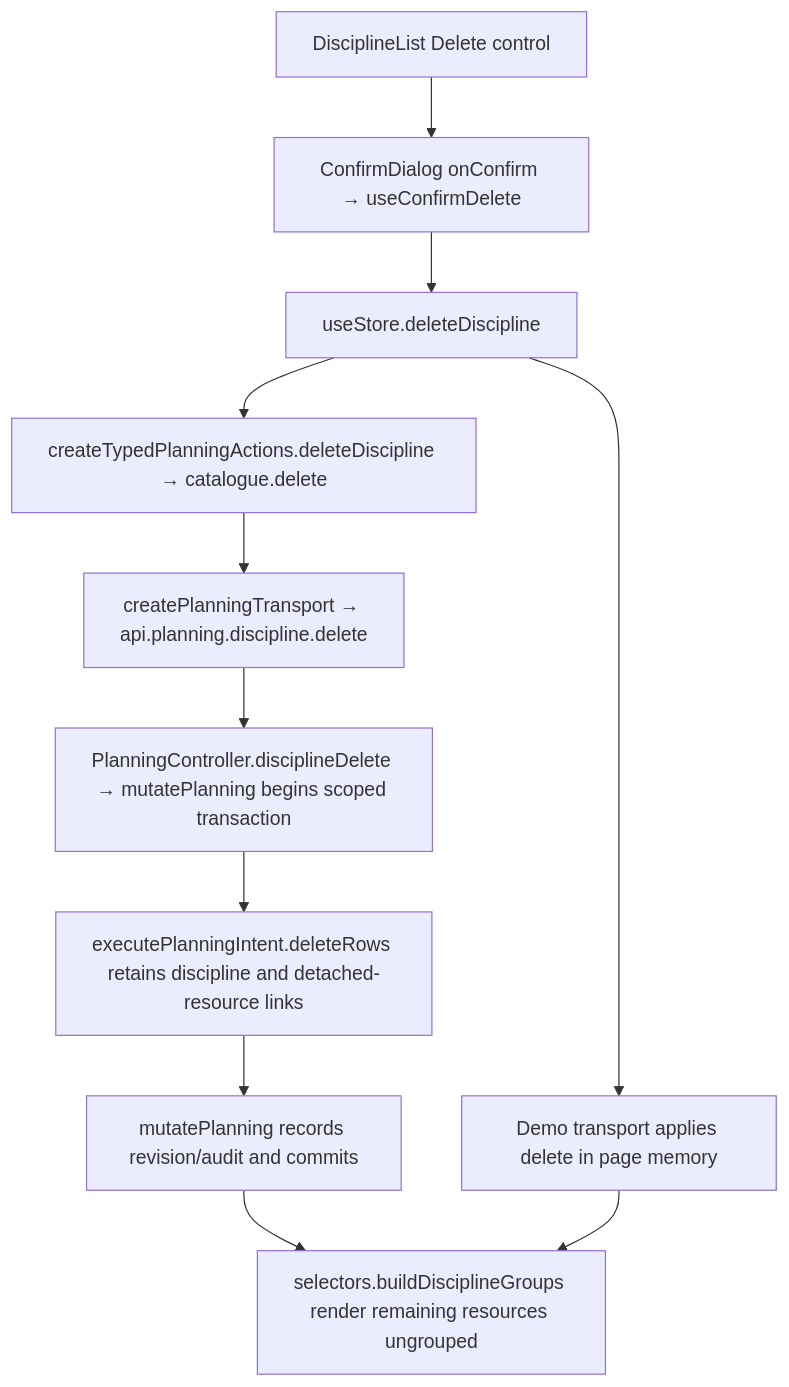
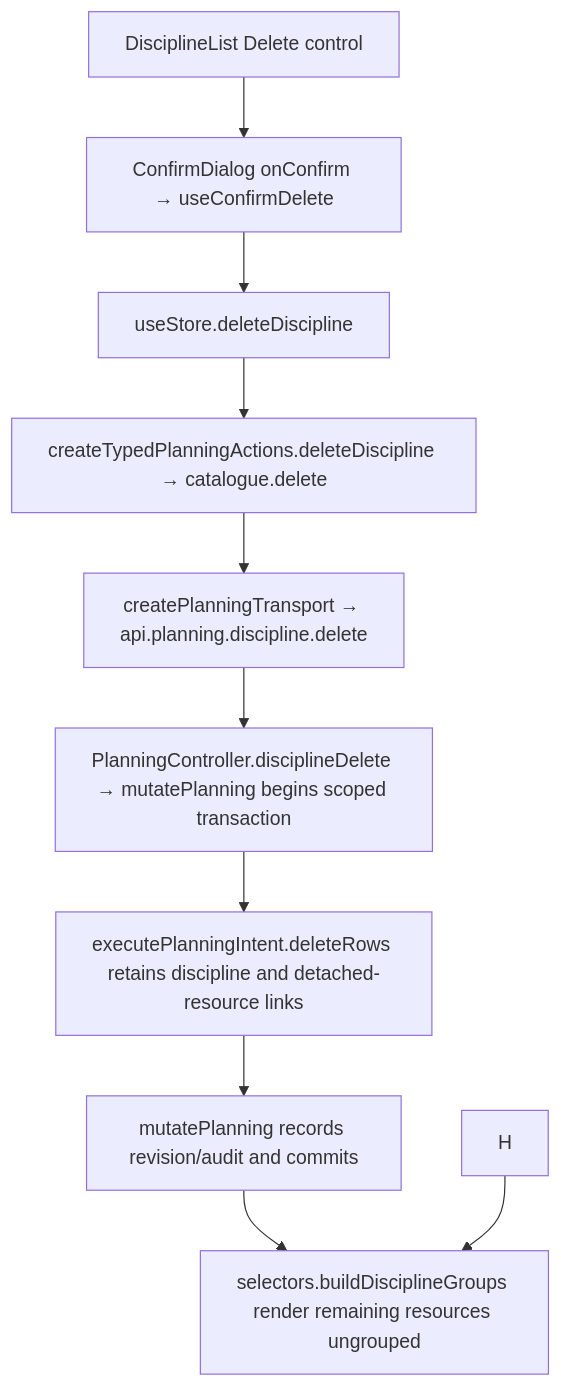
The second of 2 diagrams in user-stories/disciplines/US-DIS-03-delete-discipline-ungroups.md (Kevinjohn/capacitylens), drawn with Mermaid before and after one commit. The commit also changed other lines of this file and 343 other files, not shown here.

````diff
--- a/user-stories/disciplines/US-DIS-03-delete-discipline-ungroups.md
+++ b/user-stories/disciplines/US-DIS-03-delete-discipline-ungroups.md
@@ -28,9 +28,8 @@
 ```mermaid
 flowchart TD
   A["DisciplineList Delete control"] --> B["ConfirmDialog onConfirm → useConfirmDelete"] --> C["useStore.deleteDiscipline"]
   C --> D["createTypedPlanningActions.deleteDiscipline → catalogue.delete"] --> E["createPlanningTransport → api.planning.discipline.delete"]
   E --> F["PlanningController.disciplineDelete → mutatePlanning begins scoped transaction"] --> G["executePlanningIntent.deleteRows retains discipline and detached-resource links"] --> K["mutatePlanning records revision/audit and commits"]
-  C --> H["Demo transport applies delete in page memory"]
   K --> I["selectors.buildDisciplineGroups render remaining resources ungrouped"]
   H --> I
 ```
````
